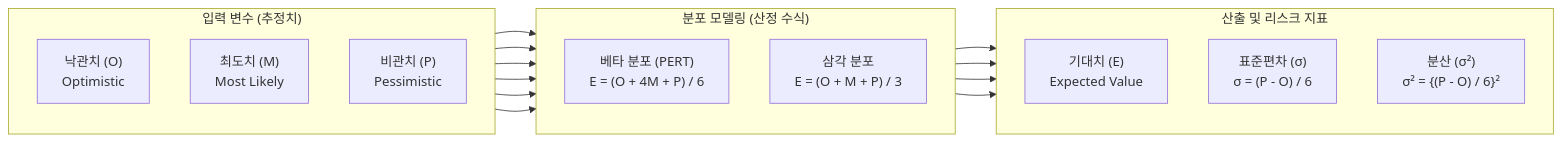
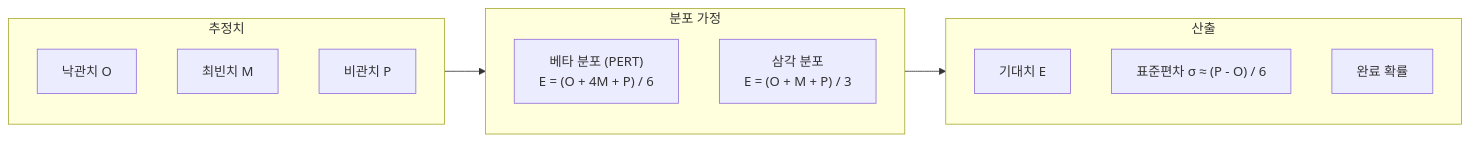
One commit to supremethumb/supremethumb.github.io changed the diagram in content/01_IT Tech/3점 산정.md. Above: the diagram before and after it, drawn with Mermaid. The commit also changed other lines of this file and 1087 other files, not shown here.

````diff
--- a/content/01_IT Tech/3점 산정.md
+++ b/content/01_IT Tech/3점 산정.md
@@ -20,29 +36,21 @@
 ```mermaid
 flowchart LR
-    subgraph Input["입력 변수 (추정치)"]
+    subgraph In ["추정치"]
         direction TB
-        O["낙관치 (O)<br>Optimistic"]
-        M["최도치 (M)<br>Most Likely"]
-        P["비관치 (P)<br>Pessimistic"]
+        O["낙관치 O"]
+        M["최빈치 M"]
+        P["비관치 P"]
     end
-
-    subgraph Process["분포 모델링 (산정 수식)"]
+    subgraph Dist ["분포 가정"]
         direction TB
-        Beta["베타 분포 (PERT)<br>E = (O + 4M + P) / 6"]
-        Tri["삼각 분포<br>E = (O + M + P) / 3"]
+        Beta["베타 분포 (PERT)<br/>E = (O + 4M + P) / 6"]
+        Tri["삼각 분포<br/>E = (O + M + P) / 3"]
     end
-
-    subgraph Output["산출 및 리스크 지표"]
+    subgraph Out ["산출"]
         direction TB
-        E["기대치 (E)<br>Expected Value"]
-        SD["표준편차 (σ)<br>σ = (P - O) / 6"]
-        Var["분산 (σ²)<br>σ² = {(P - O) / 6}²"]
+        E["기대치 E"]
+        SD["표준편차 σ ≈ (P - O) / 6"]
+        PR["완료 확률"]
     end
-
-    O --> Beta & Tri
-    M --> Beta & Tri
-    P --> Beta & Tri
-
-    Beta --> E & SD & Var
-    Tri --> E
+    In --> Dist --> Out
 ```
````
